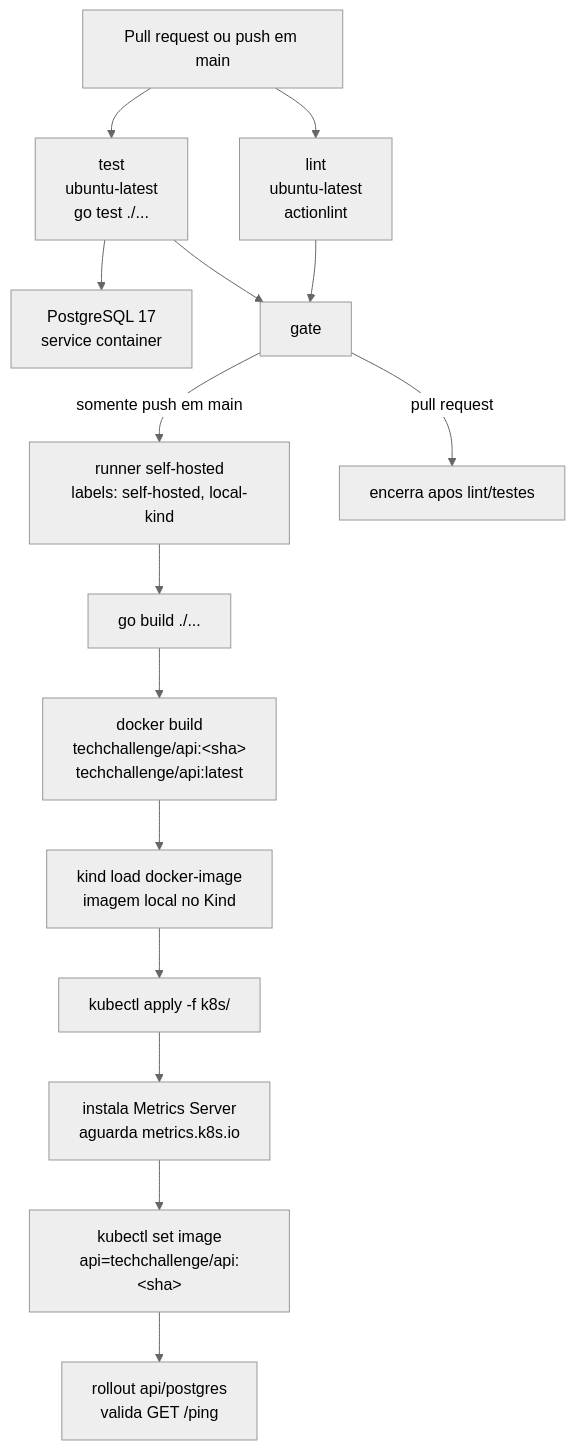
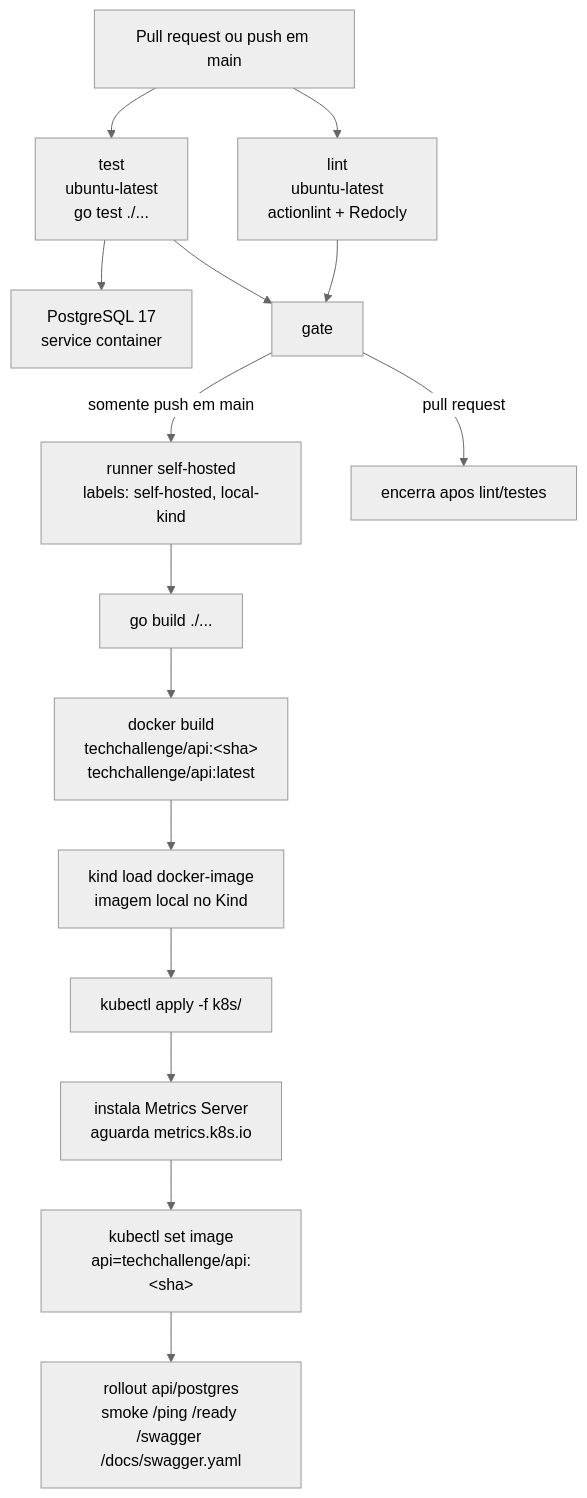
Before and after one commit to SOAT-15-Oficina/15soat-tech-challenge: the fifth of 7 diagrams in README.md, drawn with Mermaid (neutral theme). The commit also changed other lines of this file and 4 other files, not shown here.

````diff
--- a/README.md
+++ b/README.md
@@ -212,19 +217,19 @@
 ```mermaid
 flowchart TD
-    EVT["Pull request ou push em main"] --> LINT["lint<br/>ubuntu-latest<br/>actionlint"]
+    EVT["Pull request ou push em main"] --> LINT["lint<br/>ubuntu-latest<br/>actionlint + Redocly"]
     EVT --> TEST["test<br/>ubuntu-latest<br/>go test ./..."]
     TEST --> PG17["PostgreSQL 17<br/>service container"]
     LINT --> GATE["gate"]
     TEST --> GATE
 
     GATE -->|"somente push em main"| SELF["runner self-hosted<br/>labels: self-hosted, local-kind"]
     GATE -->|"pull request"| ENDPR["encerra apos lint/testes"]
 
     SELF --> BUILD["go build ./..."]
     BUILD --> IMG["docker build<br/>techchallenge/api:&lt;sha&gt;<br/>techchallenge/api:latest"]
     IMG --> LOAD["kind load docker-image<br/>imagem local no Kind"]
     LOAD --> APPLY["kubectl apply -f k8s/"]
     APPLY --> METRICS["instala Metrics Server<br/>aguarda metrics.k8s.io"]
     METRICS --> SETIMG["kubectl set image<br/>api=techchallenge/api:&lt;sha&gt;"]
-    SETIMG --> ROLLOUT["rollout api/postgres<br/>valida GET /ping"]
+    SETIMG --> ROLLOUT["rollout api/postgres<br/>smoke /ping /ready /swagger /docs/swagger.yaml"]
 ```
````
